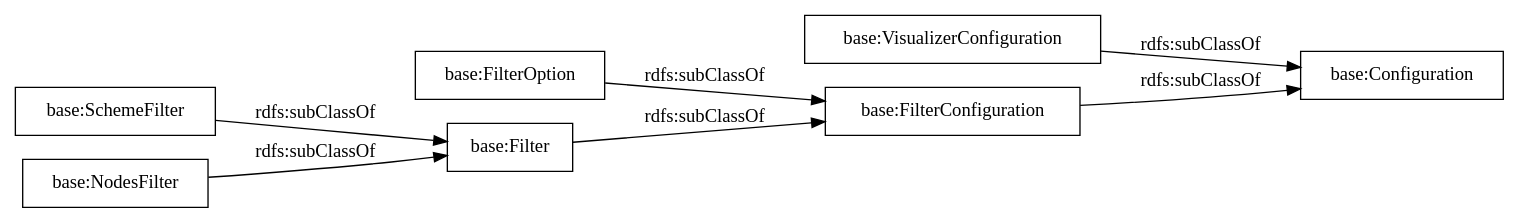
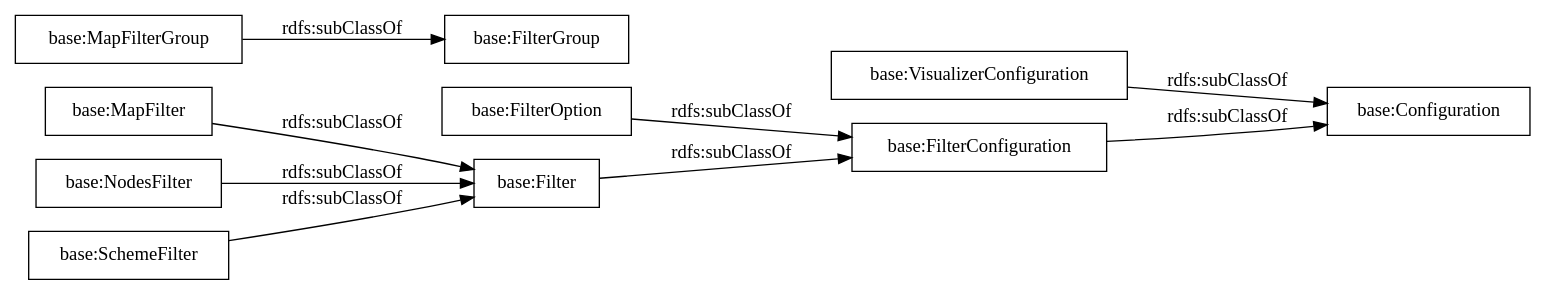
One commit to OnToologyUser/linkedpipes_applications_ontology changed the diagram in OnToology/lpapps.owl/diagrams/ar2dtool-taxonomy/lpapps.owl.png.dot. Above: the diagram before and after it, drawn with Graphviz. The commit also changed 13 other files, not shown here.

```diff
--- a/OnToology/lpapps.owl/diagrams/ar2dtool-taxonomy/lpapps.owl.png.dot
+++ b/OnToology/lpapps.owl/diagrams/ar2dtool-taxonomy/lpapps.owl.png.dot
@@ -1,12 +1,14 @@
 digraph ar2dtool_diagram { 
 rankdir=LR;
 size="1000"
-node [shape = rectangle, color="black"]; "base:VisualizerConfiguration" "base:SchemeFilter" "base:NodesFilter" "base:FilterOption" "base:FilterConfiguration" "base:Filter" "base:Configuration" ; /*classes style*/
+node [shape = rectangle, color="black"]; "base:VisualizerConfiguration" "base:MapFilter" "base:FilterGroup" "base:FilterOption" "base:NodesFilter" "base:Filter" "base:SchemeFilter" "base:MapFilterGroup" "base:FilterConfiguration" "base:Configuration" ; /*classes style*/
+	"base:MapFilterGroup" -> "base:FilterGroup" [ label = "rdfs:subClassOf" ];
 	"base:SchemeFilter" -> "base:Filter" [ label = "rdfs:subClassOf" ];
 	"base:VisualizerConfiguration" -> "base:Configuration" [ label = "rdfs:subClassOf" ];
 	"base:NodesFilter" -> "base:Filter" [ label = "rdfs:subClassOf" ];
 	"base:FilterConfiguration" -> "base:Configuration" [ label = "rdfs:subClassOf" ];
 	"base:FilterOption" -> "base:FilterConfiguration" [ label = "rdfs:subClassOf" ];
+	"base:MapFilter" -> "base:Filter" [ label = "rdfs:subClassOf" ];
 	"base:Filter" -> "base:FilterConfiguration" [ label = "rdfs:subClassOf" ];
 
 }
```
